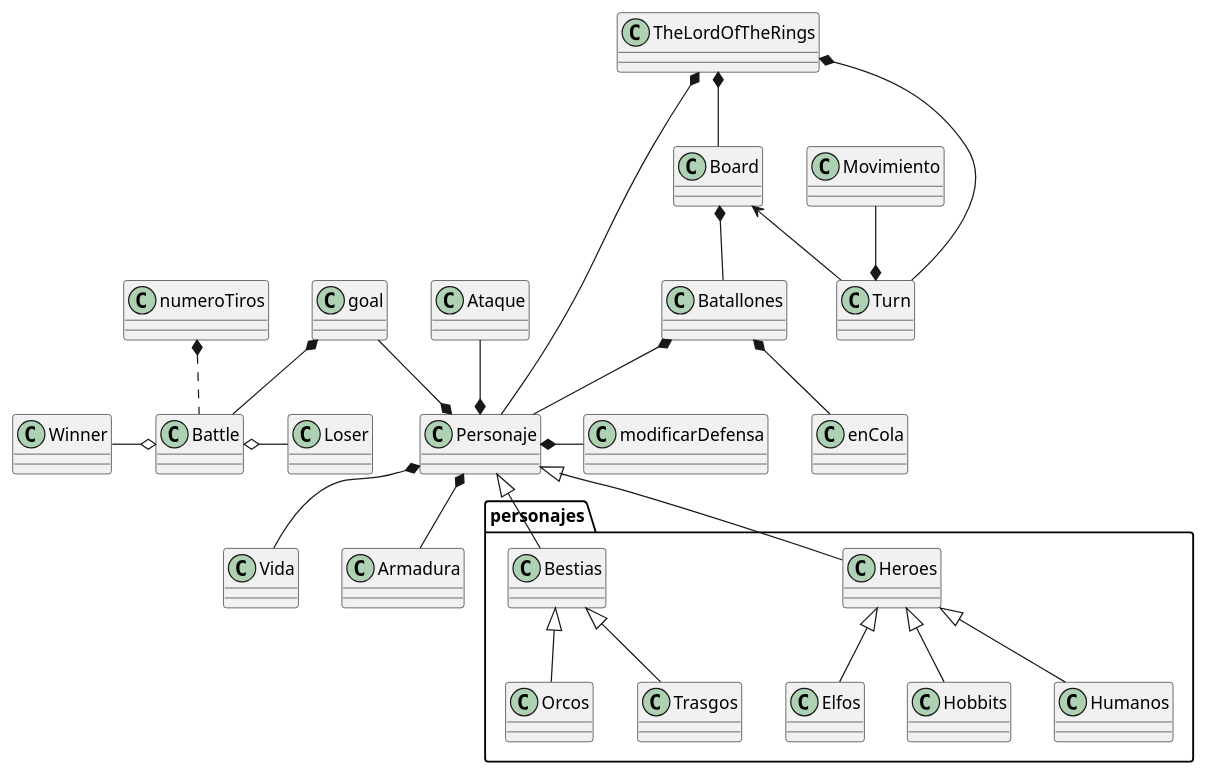
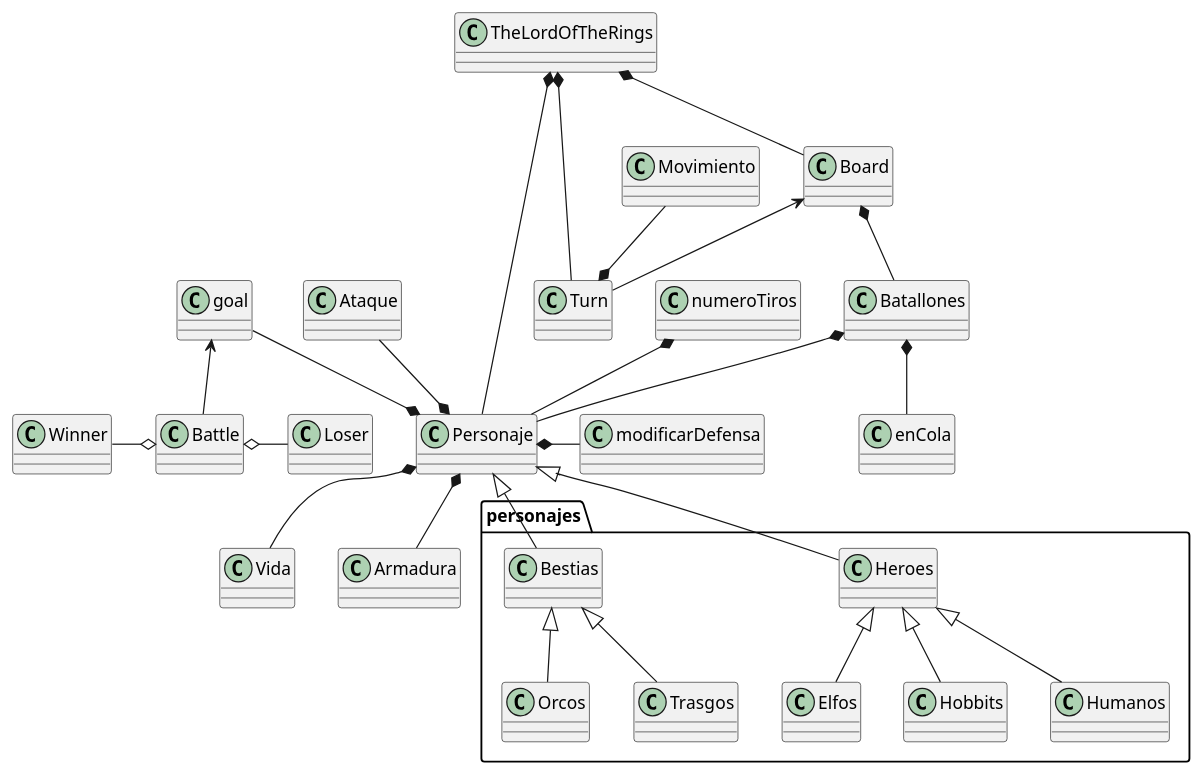
The diagram in LordOfRingDominio.wsd (Rebek73/TheLordOfTheRings), drawn with PlantUML before and after one commit.

Commit message:
modificacion de asignacion de flechas

```diff
--- a/LordOfRingDominio.wsd
+++ b/LordOfRingDominio.wsd
@@ -1,36 +1,34 @@
-@startuml ElSeñordelosAnillos
+@startuml diagramaDominio
 
 TheLordOfTheRings *-- Personaje
-
 package "personajes"{
 Personaje <|-- Heroes
 Personaje <|-- Bestias
 Heroes <|-- Elfos
 Heroes <|-- Hobbits
 Heroes <|-- Humanos
 Bestias <|-- Orcos
 Bestias <|-- Trasgos 
 }
 
 Personaje *-- Vida
 Personaje *-- Armadura 
 Personaje *-up- Ataque
 Personaje *-up- goal
-goal *-- Battle
+goal <-- Battle
 
 TheLordOfTheRings *-right- Turn
 TheLordOfTheRings *-- Board
 
 Turn *-up- Movimiento 
-numeroTiros *-[dashed]- Battle
+numeroTiros *-- Personaje
 Board *-- Batallones
 Batallones *-- Personaje
 Batallones *-- enCola
 Battle o-left- Winner 
 Battle o-right- Loser
 Personaje *-right- modificarDefensa
 
 Board <-- Turn
 
-
 @enduml
```
